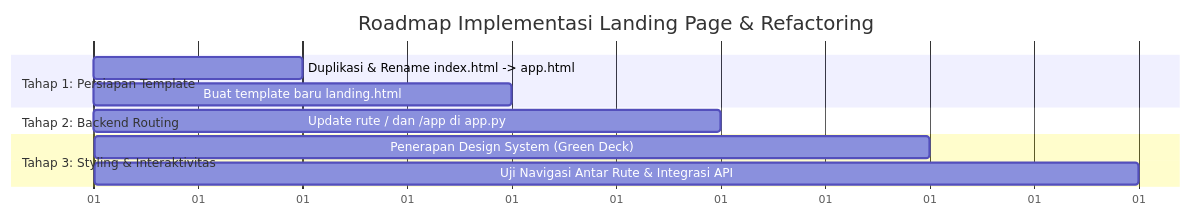
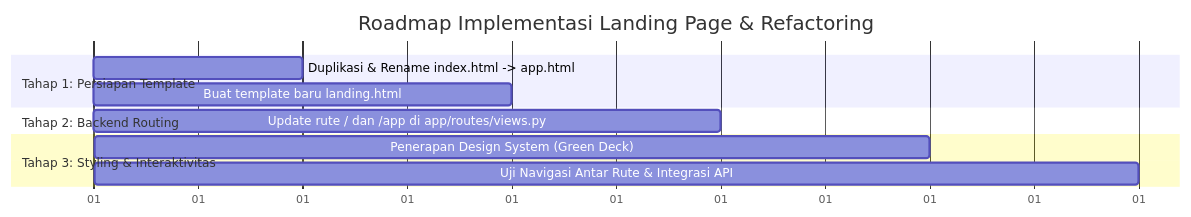
Before and after one commit to Discbrake023/cipherly-encryption: the third of 3 diagrams in docs/architecture.md, drawn with Mermaid. The commit also changed other lines of this file and 4 other files, not shown here.

````diff
--- a/docs/architecture.md
+++ b/docs/architecture.md
@@ -161,17 +163,17 @@
 ```mermaid
 gantt
     title Roadmap Implementasi Landing Page & Refactoring
     dateFormat  X
     axisFormat %d
     
     section Tahap 1: Persiapan Template
     Duplikasi & Rename index.html -> app.html :0, 1
     Buat template baru landing.html          :1, 2
     
     section Tahap 2: Backend Routing
-    Update rute / dan /app di app.py         :2, 3
+    Update rute / dan /app di app/routes/views.py         :2, 3
     
     section Tahap 3: Styling & Interaktivitas
     Penerapan Design System (Green Deck)     :3, 4
     Uji Navigasi Antar Rute & Integrasi API  :4, 5
 ```
````
